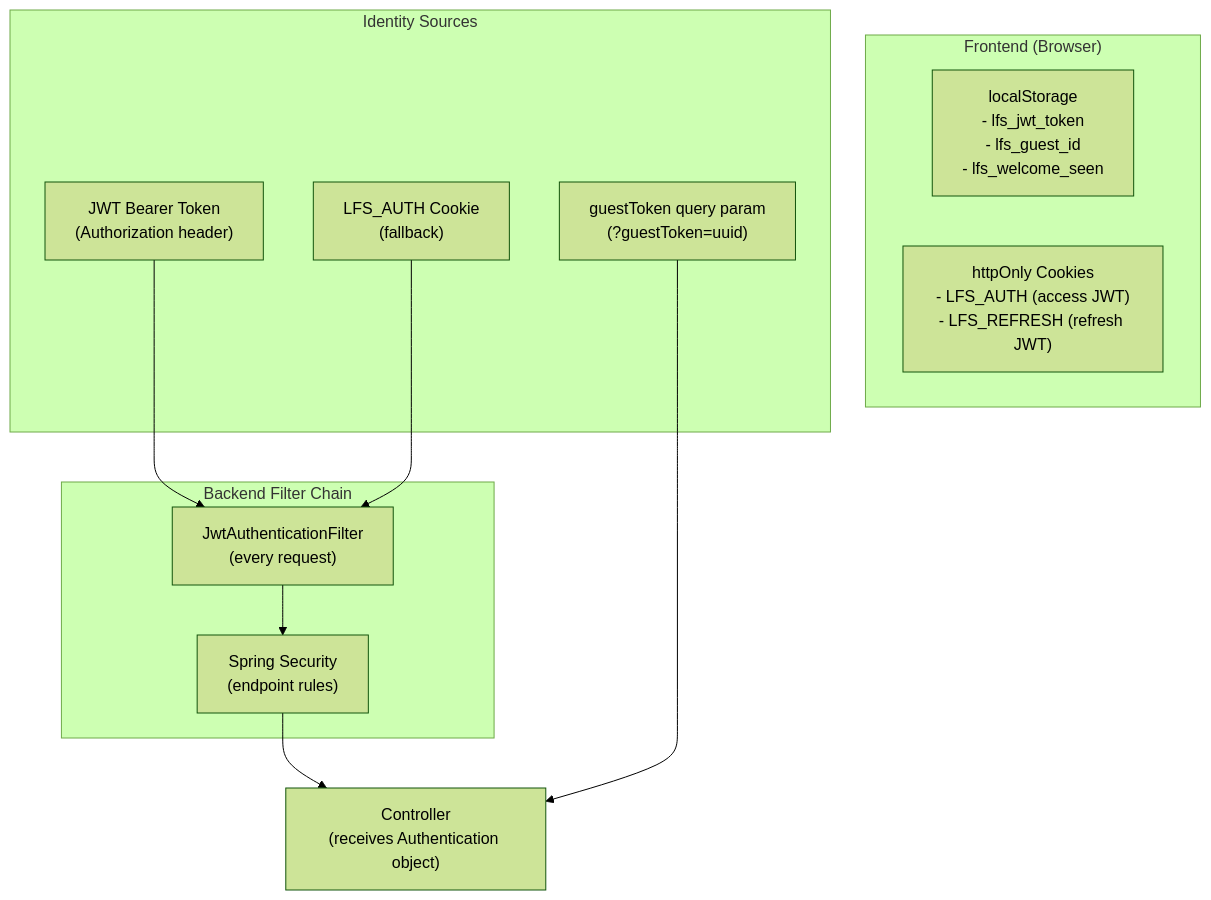
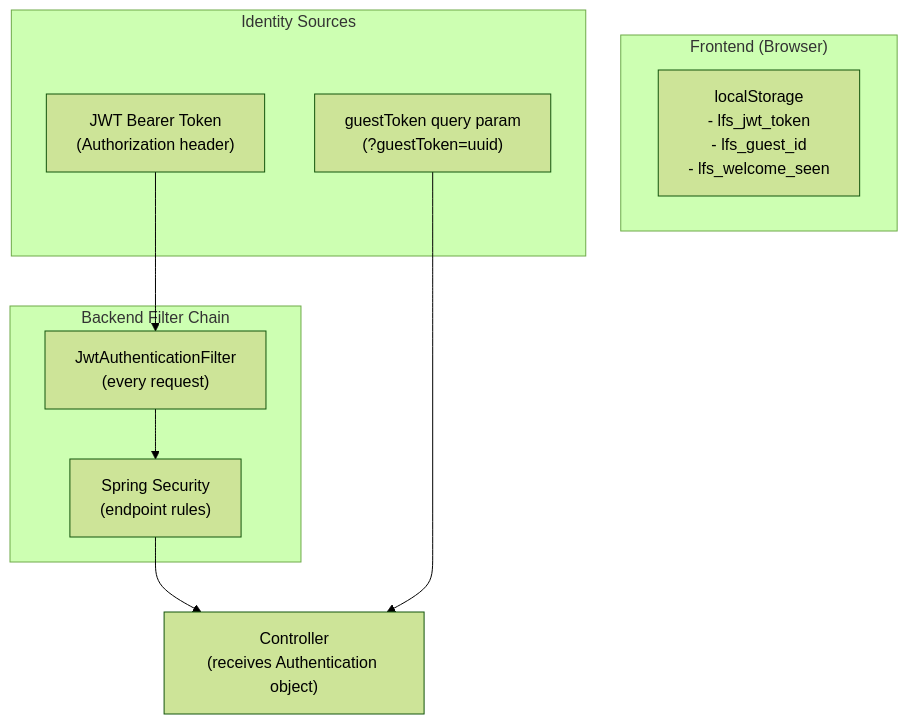
The first of 4 diagrams in docs/AUTHENTICATION_AND_SECURITY.md (Ram-ambati/LFS-App), drawn with Mermaid (forest theme) before and after one commit. The commit also changed other lines of this file and 30 other files, not shown here.

````diff
--- a/docs/AUTHENTICATION_AND_SECURITY.md
+++ b/docs/AUTHENTICATION_AND_SECURITY.md
@@ -10,24 +10,21 @@
 ```mermaid
 graph TB
     subgraph "Frontend (Browser)"
         LS["localStorage\n- lfs_jwt_token\n- lfs_guest_id\n- lfs_welcome_seen"]
-        CK["httpOnly Cookies\n- LFS_AUTH (access JWT)\n- LFS_REFRESH (refresh JWT)"]
     end
 
     subgraph "Backend Filter Chain"
         F1["JwtAuthenticationFilter\n(every request)"]
         F2["Spring Security\n(endpoint rules)"]
     end
 
     subgraph "Identity Sources"
         JWT["JWT Bearer Token\n(Authorization header)"]
-        Cookie["LFS_AUTH Cookie\n(fallback)"]
         Guest["guestToken query param\n(?guestToken=uuid)"]
     end
 
     JWT --> F1
-    Cookie --> F1
     F1 --> F2
     F2 --> Controller["Controller\n(receives Authentication object)"]
     Guest --> Controller
 ```
````
